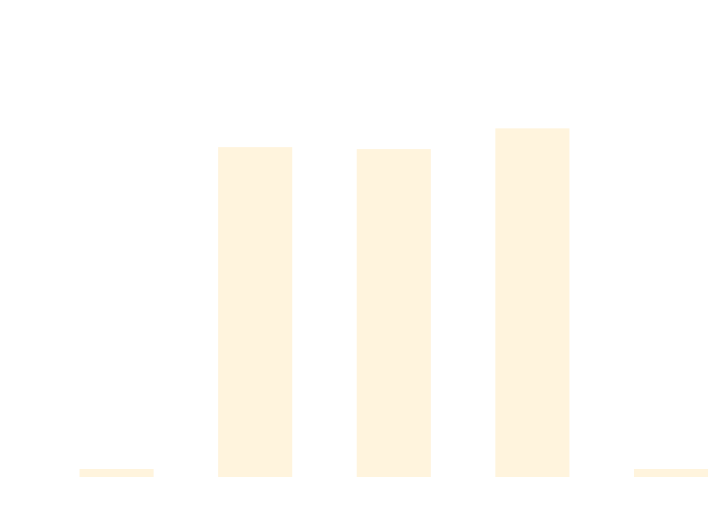
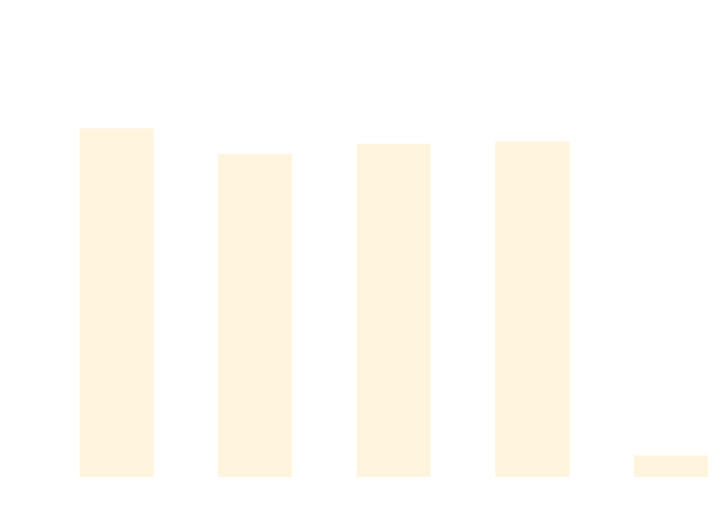
The diagram in docs/docs/benchmarks/DataDrivenTests.md (thomhurst/TUnit), drawn with Mermaid before and after one commit. The commit also changed other lines of this file and 16 other files, not shown here.

````diff
--- a/docs/docs/benchmarks/DataDrivenTests.md
+++ b/docs/docs/benchmarks/DataDrivenTests.md
@@ -27,37 +27,37 @@
 ```mermaid
 %%{init: {
   'theme':'base',
   'themeVariables': {
     'primaryColor': '#2563eb',
     'primaryTextColor': '#ffffff',
     'primaryBorderColor': '#1e40af',
     'lineColor': '#6b7280',
     'secondaryColor': '#7c3aed',
     'tertiaryColor': '#dc2626',
     'background': '#ffffff',
     'mainBkg': '#2563eb',
     'secondBkg': '#7c3aed',
     'tertiaryBkg': '#dc2626',
     'clusterBkg': '#f3f4f6',
     'edgeLabelBackground': '#ffffff',
     'tertiaryTextColor': '#1f2937',
     'pie1': '#2563eb',
     'pie2': '#7c3aed',
     'pie3': '#dc2626',
     'pie4': '#f59e0b',
     'pie5': '#10b981',
     'pie6': '#06b6d4',
     'pie7': '#ec4899',
     'pie8': '#6366f1',
     'pie9': '#84cc16',
     'pie10': '#f97316',
     'pie11': '#14b8a6',
     'pie12': '#a855f7'
   }
 }}%%
 xychart-beta
   title "DataDrivenTests Performance Comparison"
   x-axis ["TUnit", "NUnit", "MSTest", "xUnit3", "TUnit_AOT"]
-  y-axis "Time (ms)" 0 --> 667
-  bar [0, 524.9, 521.7, 555.5, 0]
+  y-axis "Time (ms)" 0 --> 738
+  bar [614.74, 568.89, 586.97, 591.21, 24.28]
 ```
````
